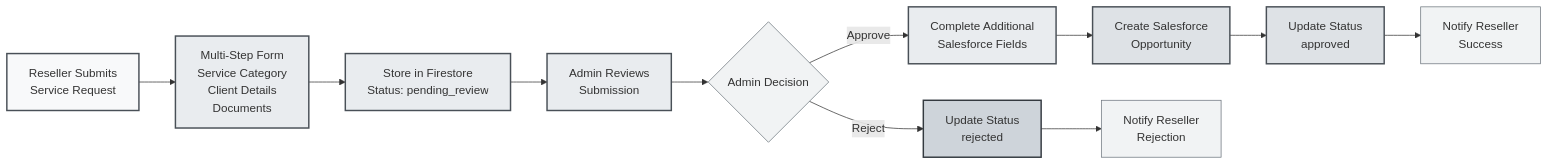
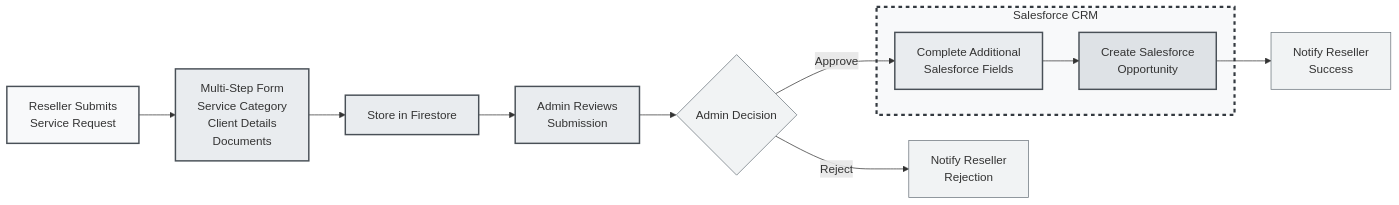
Before and after one commit to rodrigocastrolima/twogetherapp: the diagram in docs/service_submission_flow_diagram.md, drawn with Mermaid.

Commit message:
submission diagram

````diff
--- a/docs/service_submission_flow_diagram.md
+++ b/docs/service_submission_flow_diagram.md
@@ -5,30 +5,30 @@
 ```mermaid
 flowchart LR
     A[Reseller Submits<br/>Service Request] --> B[Multi-Step Form<br/>Service Category<br/>Client Details<br/>Documents]
-    B --> C[Store in Firestore<br/>Status: pending_review]
+    B --> C[Store in Firestore]
     C --> D[Admin Reviews<br/>Submission]
     
     D --> E{Admin Decision}
     E -->|Approve| F[Complete Additional<br/>Salesforce Fields]
-    E -->|Reject| G[Update Status<br/>rejected]
+    E -->|Reject| K[Notify Reseller<br/>Rejection]
     
-    F --> H[Create Salesforce<br/>Opportunity]
-    H --> I[Update Status<br/>approved]
+    subgraph SF["Salesforce CRM"]
+        F --> H[Create Salesforce<br/>Opportunity]
+    end
     
-    I --> J[Notify Reseller<br/>Success]
-    G --> K[Notify Reseller<br/>Rejection]
+    H --> J[Notify Reseller<br/>Success]
     
     %% Styling - Professional Grayscale
     style A fill:#f8f9fa,stroke:#495057,stroke-width:2px
     style B fill:#e9ecef,stroke:#495057,stroke-width:2px
     style C fill:#e9ecef,stroke:#495057,stroke-width:2px
     style D fill:#e9ecef,stroke:#495057,stroke-width:2px
     style F fill:#e9ecef,stroke:#495057,stroke-width:2px
     style H fill:#dee2e6,stroke:#495057,stroke-width:2px
-    style I fill:#dee2e6,stroke:#495057,stroke-width:2px
-    style G fill:#ced4da,stroke:#343a40,stroke-width:2px
     style J fill:#f1f3f4,stroke:#6c757d,stroke-width:1px
     style K fill:#f1f3f4,stroke:#6c757d,stroke-width:1px
+    style E fill:#f1f3f4,stroke:#6c757d,stroke-width:1px
     
-    style E fill:#f1f3f4,stroke:#6c757d,stroke-width:1px
+    %% Salesforce container styling
+    style SF fill:#f8f9fa,stroke:#343a40,stroke-width:3px,stroke-dasharray: 5 5
 ```
````
